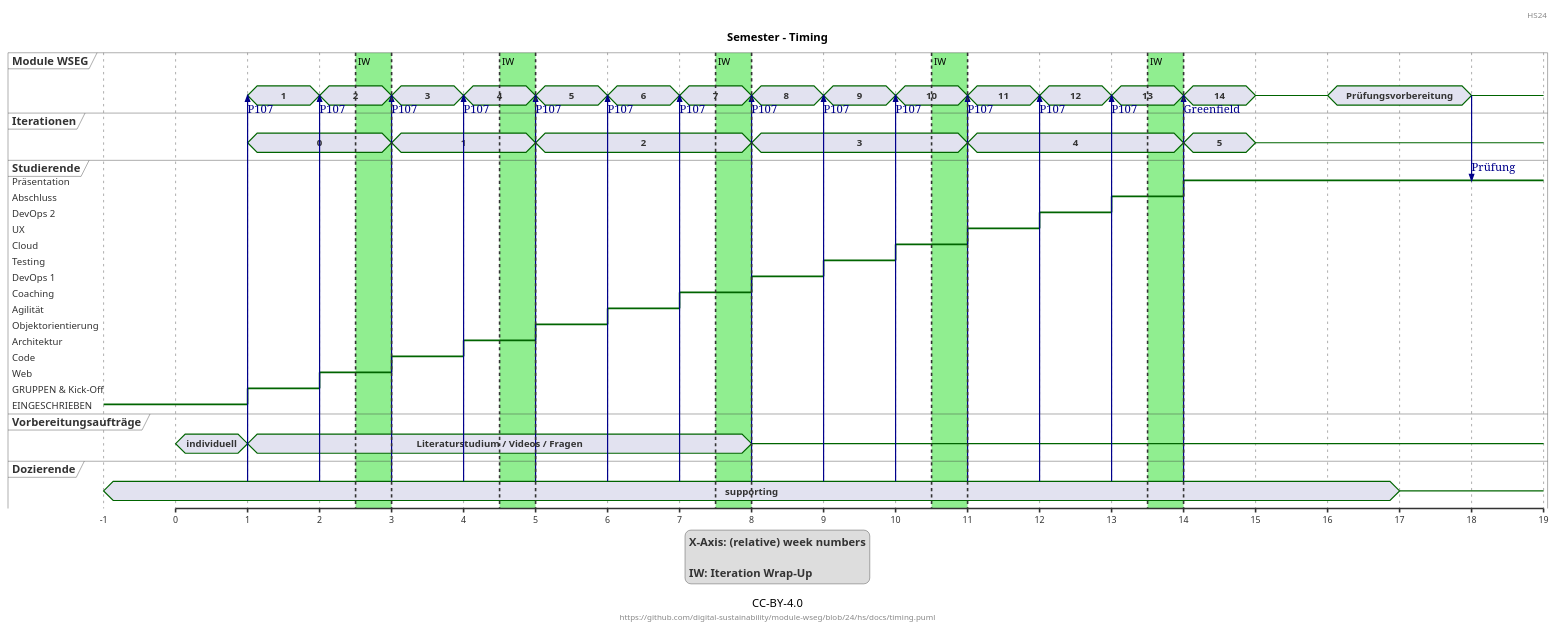
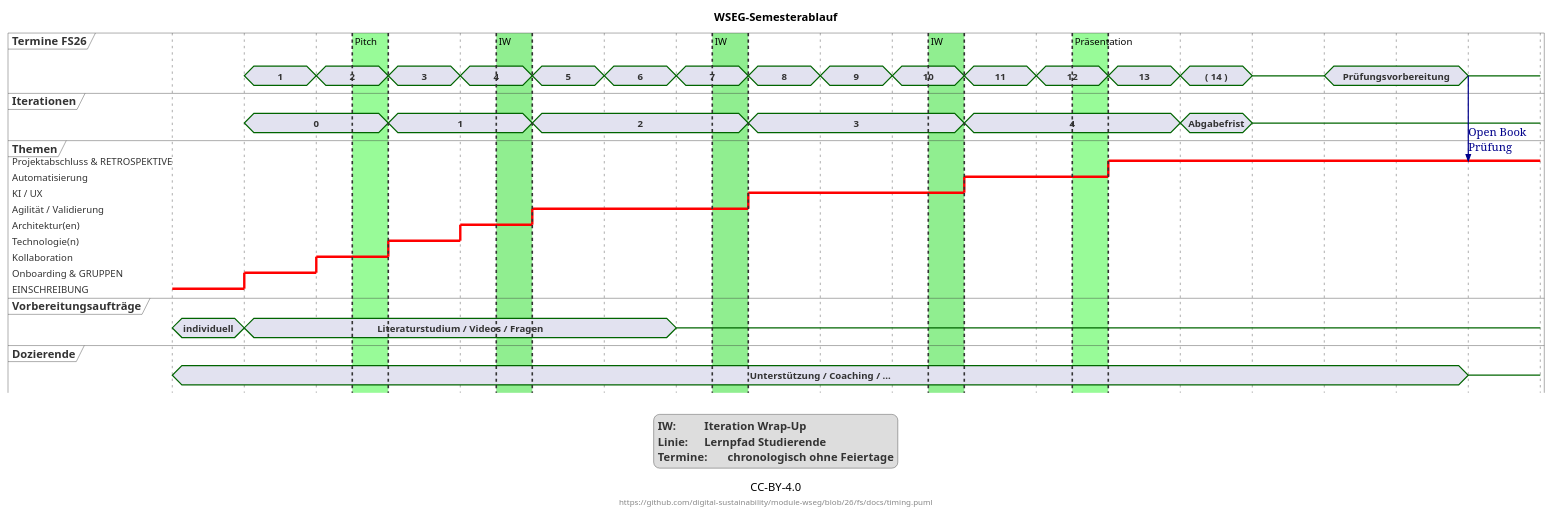
Before and after one commit to digital-sustainability/module-wseg: the diagram in docs/timing.puml, drawn with PlantUML. The commit also changed 4 other files, not shown here.

```diff
--- a/docs/timing.puml
+++ b/docs/timing.puml
@@ -1,125 +1,112 @@
 @startuml
-Title Semester - Timing
-header: HS24
-footer: "https://github.com/digital-sustainability/module-wseg/blob/24/hs/docs/timing.puml"
+<style>
+timingDiagram {
+  .red {
+    LineColor red
+    LineThickness 3
+  }
+}
+</style>
+
+Title WSEG-Semesterablauf
+hide time-axis
+footer: "https://github.com/digital-sustainability/module-wseg/blob/26/fs/docs/timing.puml"
 caption CC-BY-4.0
 
 legend
-X-Axis: (relative) week numbers
-
-IW: Iteration Wrap-Up
+IW:\t\tIteration Wrap-Up
+Linie:\tLernpfad Studierende
+Termine:\tchronologisch ohne Feiertage
 end legend
 
-concise "Module WSEG" as module
+concise "Termine FS26" as module
 concise "Iterationen" as iter
-robust "Studierende" as studi
+robust "Themen" as studi <<red>>
 concise "Vorbereitungsaufträge" as prep
 concise "Dozierende" as dozent
 scale 1 as 90 pixels
 
-@-1
-studi is EINGESCHRIEBEN
-dozent is supporting
+@0
+studi is EINSCHREIBUNG
+dozent is "Unterstützung / Coaching / ..."
+prep is "individuell"
 
 @+1
-prep is "individuell"
-
-@1
-dozent -> module: P107
 module is "1"
 iter is "0"
 prep is "Literaturstudium / Videos / Fragen"
-studi is "GRUPPEN & Kick-Off"
+studi is "Onboarding & GRUPPEN"
 
 @+1
-dozent -> module: P107
 module is "2"
-studi is "Web"
+studi is "Kollaboration"
 
 @+1
-dozent -> module: P107
 iter is "1"
 module is "3"
-studi is "Code"
+studi is "Technologie(n)"
 
 @+1
-dozent -> module: P107
 module is "4"
-studi is "Architektur"
+studi is "Architektur(en)"
 
 @+1
-dozent -> module: P107
 module is "5"
 iter is "2"
-studi is "Objektorientierung"
+studi is "Agilität / Validierung"
 
 @+1
-dozent -> module: P107
 module is "6"
-studi is "Agilität"
 
 @+1
-dozent -> module: P107
 module is "7"
-studi is "Coaching"
+prep is {-}
 
 @+1
-dozent -> module: P107
-module is "8 "
-prep is {-}
+module is "8"
 iter is "3"
-studi is "DevOps 1"
+studi is "KI / UX"
 
 @+1
-dozent -> module: P107
 module is "9"
-studi is "Testing"
 
 @+1
-dozent -> module: P107
 module is "10"
-studi is "Cloud"
 
 @+1
-dozent -> module: P107
 module is "11"
 iter is "4"
-studi is "UX"
+studi is "Automatisierung"
 
 @+1
-dozent -> module: P107
 module is "12"
-studi is "DevOps 2"
 
 @+1
-dozent -> module: P107
 module is "13"
-studi is "Abschluss"
+studi is "Projektabschluss & RETROSPEKTIVE"
 
 @+1
-dozent -> module: Greenfield
-module is "14"
-iter is "5"
-studi is "Präsentation"
+module is "( 14 )"
+iter is "Abgabefrist"
 
 @+1
 module is {-}
 iter is {-}
 
 @+1
 module is Prüfungsvorbereitung
 
 @+1
+
+@+1
+module -> studi: Open Book\nPrüfung
+module is {-}
 dozent is {-}
 
-@+1
-module -> studi: Prüfung
-module is {-}
-
-highlight 2.5 to 3 #lightgreen : IW
+highlight 2.5 to 3 #palegreen : Pitch
 highlight 4.5 to 5 #lightgreen : IW
 highlight 7.5 to 8 #lightgreen : IW
 highlight 10.5 to 11 #lightgreen : IW
-highlight 13.5 to 14 #lightgreen : IW
+highlight 12.5 to 13 #palegreen : Präsentation
 
 @enduml
```
